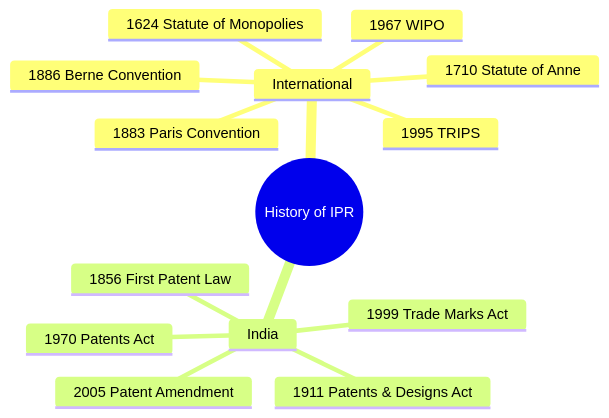
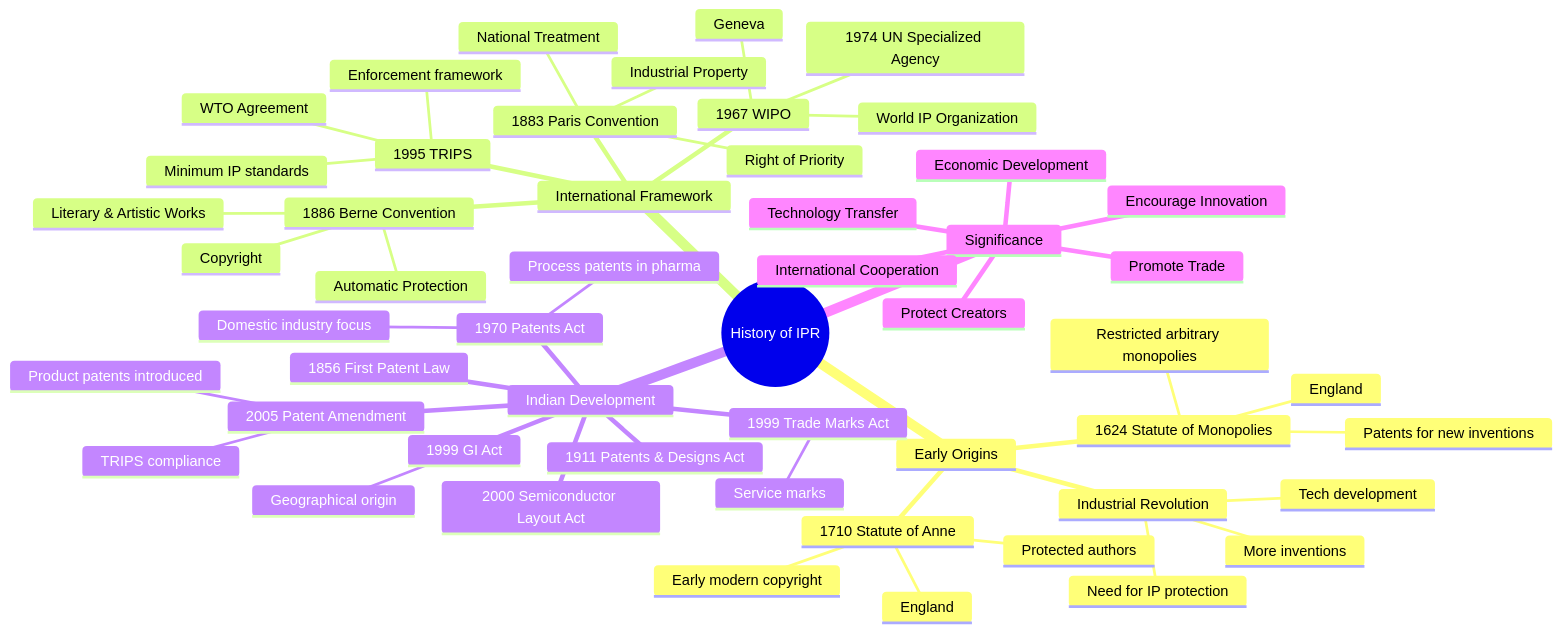
Before and after one commit to Aryns293/IPR: diagram 28 of 28 in 02_Historical_development.md, drawn with Mermaid.

Commit message:
Expand mindmap in 02_Historical_development.md

````diff
--- a/02_Historical_development.md
+++ b/02_Historical_development.md
@@ -966,17 +966,55 @@
 ```mermaid
 mindmap
   root((History of IPR))
-    International
+    Early Origins
       1624 Statute of Monopolies
+        England
+        Restricted arbitrary monopolies
+        Patents for new inventions
       1710 Statute of Anne
+        England
+        Early modern copyright
+        Protected authors
+      Industrial Revolution
+        Tech development
+        More inventions
+        Need for IP protection
+    International Framework
       1883 Paris Convention
+        Industrial Property
+        National Treatment
+        Right of Priority
       1886 Berne Convention
+        Copyright
+        Literary & Artistic Works
+        Automatic Protection
       1967 WIPO
+        World IP Organization
+        Geneva
+        1974 UN Specialized Agency
       1995 TRIPS
-    India
+        WTO Agreement
+        Minimum IP standards
+        Enforcement framework
+    Indian Development
       1856 First Patent Law
       1911 Patents & Designs Act
       1970 Patents Act
+        Process patents in pharma
+        Domestic industry focus
       1999 Trade Marks Act
+        Service marks
+      1999 GI Act
+        Geographical origin
+      2000 Semiconductor Layout Act
       2005 Patent Amendment
+        Product patents introduced
+        TRIPS compliance
+    Significance
+      Encourage Innovation
+      Protect Creators
+      Promote Trade
+      International Cooperation
+      Technology Transfer
+      Economic Development
 ```
````
